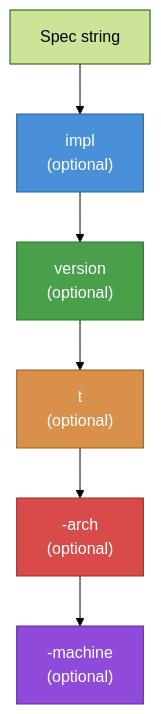
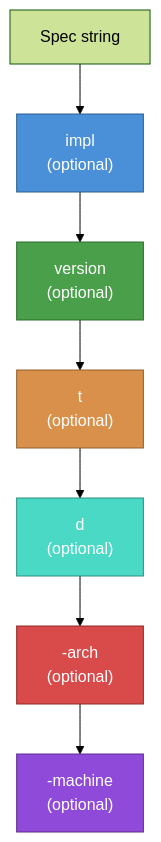
Before and after one commit to tox-dev/python-discovery: the sixth of 6 diagrams in docs/explanation.rst, drawn with Mermaid (forest theme). The commit also changed other lines of this file and 6 other files, not shown here.

```diff
--- a/docs/explanation.rst
+++ b/docs/explanation.rst
@@ -218,14 +218,16 @@
 .. mermaid::
 
     flowchart TD
         Spec["Spec string"] --> Impl["impl<br>(optional)"]
         Impl --> Version["version<br>(optional)"]
         Version --> T["t<br>(optional)"]
-        T --> Arch["-arch<br>(optional)"]
+        T --> D["d<br>(optional)"]
+        D --> Arch["-arch<br>(optional)"]
         Arch --> Machine["-machine<br>(optional)"]
 
         style Impl fill:#4a90d9,stroke:#2a5f8f,color:#fff
         style Version fill:#4a9f4a,stroke:#2a6f2a,color:#fff
         style T fill:#d9904a,stroke:#8f5f2a,color:#fff
+        style D fill:#4ad9c4,stroke:#2a8f7f,color:#fff
         style Arch fill:#d94a4a,stroke:#8f2a2a,color:#fff
         style Machine fill:#904ad9,stroke:#5f2a8f,color:#fff
```
